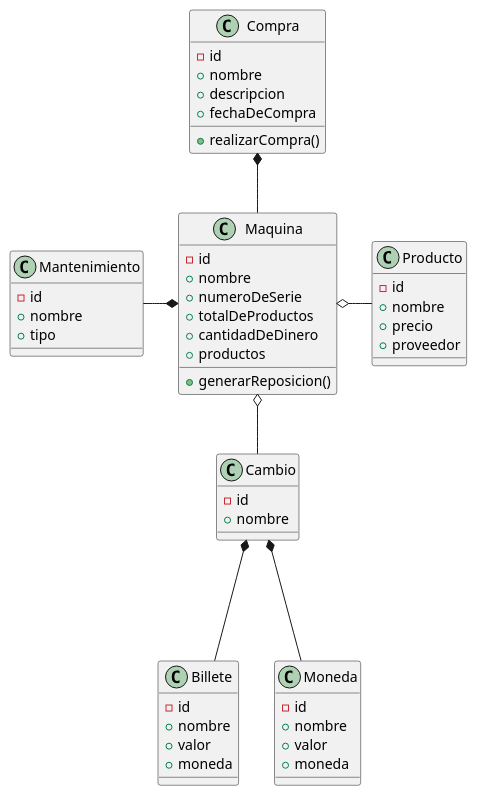
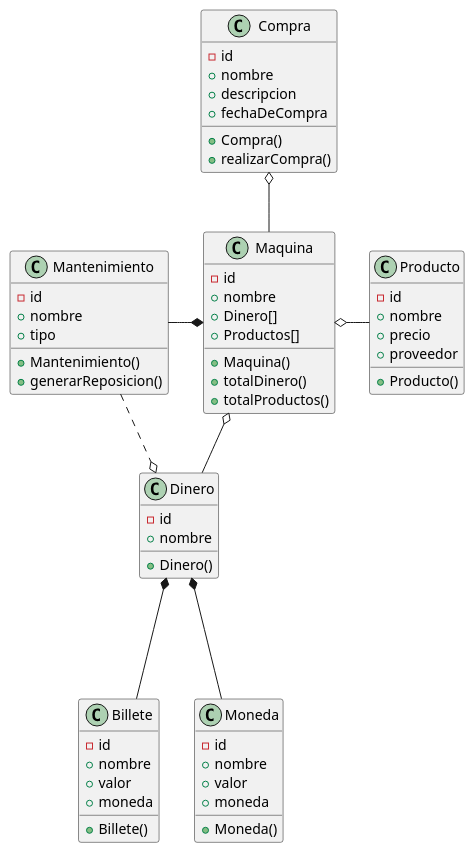
Before and after one commit to mmasias/IdSw2-22-23: the diagram in Grupo2/diagrama-de-clases/clases.plantuml, drawn with PlantUML. The commit also changed 5 other files, not shown here.

Commit message:
Actualizacion de los diagramas en base a la primer revision

```diff
--- a/Grupo2/diagrama-de-clases/clases.plantuml
+++ b/Grupo2/diagrama-de-clases/clases.plantuml
@@ -1,61 +1,76 @@
 @startuml modelo-de-dominio
 class Compra {
     - id
     + nombre
     + descripcion
     + fechaDeCompra
 
+    + Compra()
     + realizarCompra()
 }
 
 class Maquina {
     - id
     + nombre
-    + numeroDeSerie
-    + totalDeProductos
-    + cantidadDeDinero
-    + productos
+    + Dinero[]
+    + Productos[]
 
-    + generarReposicion()
+    + Maquina()
+    + totalDinero()
+    + totalProductos()
+
 }
 
 class Billete {
     - id
     + nombre
     + valor
     + moneda
+
+    + Billete()
 }
 
 class Moneda {
     - id
     + nombre
     + valor
     + moneda
+
+    + Moneda()
 }
 
 class Producto {
     - id
     + nombre
     + precio
     + proveedor
+
+    + Producto()
 }
 
-class Cambio {
+class Dinero {
     - id
     + nombre
+
+    + Dinero()
 }
 
 class Mantenimiento  {
     - id
     + nombre
     + tipo
+
+    + Mantenimiento()
+    + generarReposicion()
 }
 
-Maquina -u-* Compra
+Maquina -u-o Compra
 Maquina *--l Mantenimiento
-Maquina o-- Cambio
+Maquina o-- Dinero
 Maquina o---r Producto
 
-Cambio *--- Billete
-Cambio *--- Moneda
+Dinero *--- Billete
+Dinero *--- Moneda
+Mantenimiento ...r.o Dinero
+
 @enduml
```
